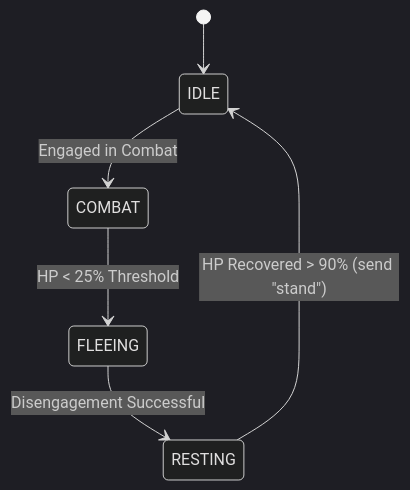
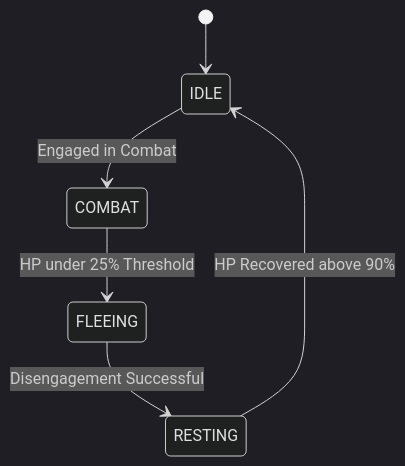
The diagram in docs/community/educators/cs/lab-3-parsing.md (nschimme/mume.github.io), drawn with Mermaid (dark theme) before and after one commit. The commit also changed 5 other files, not shown here.

Commit message:
fix: quote all node labels and sanitize Mermaid.js syntax

````diff
--- a/docs/community/educators/cs/lab-3-parsing.md
+++ b/docs/community/educators/cs/lab-3-parsing.md
@@ -38,8 +38,8 @@
 ```mermaid
 stateDiagram-v2
     [*] --> IDLE
     IDLE --> COMBAT : Engaged in Combat
-    COMBAT --> FLEEING : HP < 25% Threshold
+    COMBAT --> FLEEING : HP under 25% Threshold
     FLEEING --> RESTING : Disengagement Successful
-    RESTING --> IDLE : HP Recovered > 90% (send "stand")
+    RESTING --> IDLE : HP Recovered above 90%
 ```
````
